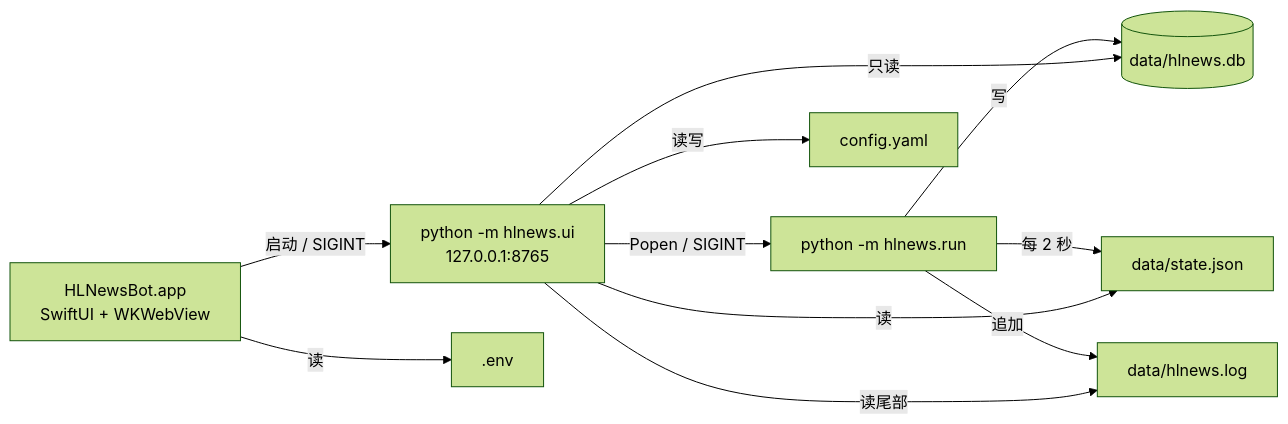
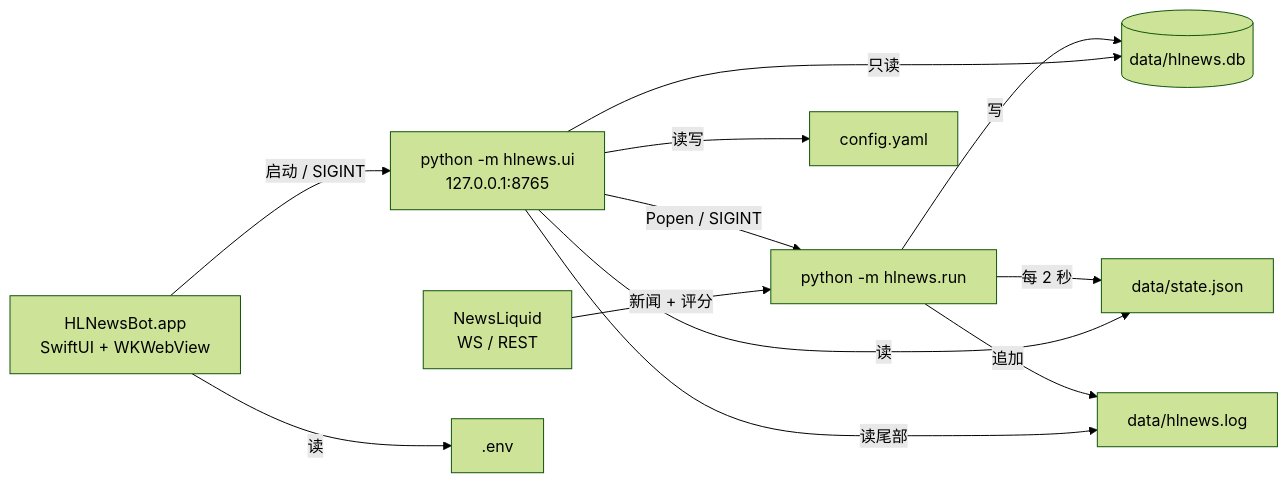
The sixth of 6 diagrams in README.md (yanboishere/hl-news-bot), drawn with Mermaid (forest theme) before and after one commit. The commit also changed other lines of this file and 24 other files, not shown here.

````diff
--- a/README.md
+++ b/README.md
@@ -1330,13 +1338,14 @@
 ```mermaid
 flowchart LR
     APP[HLNewsBot.app<br/>SwiftUI + WKWebView] -->|启动 / SIGINT| UI[python -m hlnews.ui<br/>127.0.0.1:8765]
     UI -->|Popen / SIGINT| BOT[python -m hlnews.run]
+    NL[NewsLiquid<br/>WS / REST] -->|新闻 + 评分| BOT
     BOT -->|写| DB[(data/hlnews.db)]
     BOT -->|每 2 秒| ST[data/state.json]
     BOT -->|追加| LOG[data/hlnews.log]
     UI -->|只读| DB
     UI -->|读| ST
     UI -->|读尾部| LOG
     UI -->|读写| CFG[config.yaml]
     APP -->|读| ENV[.env]
 ```
````
